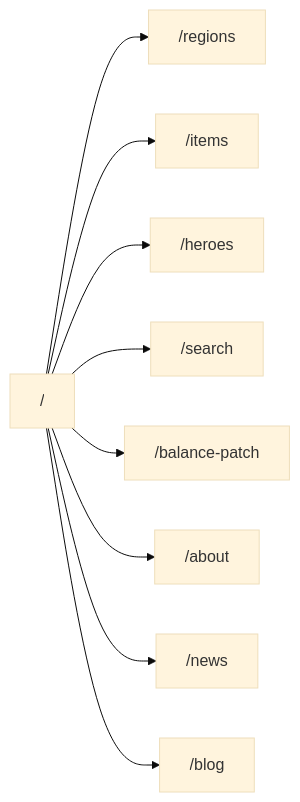
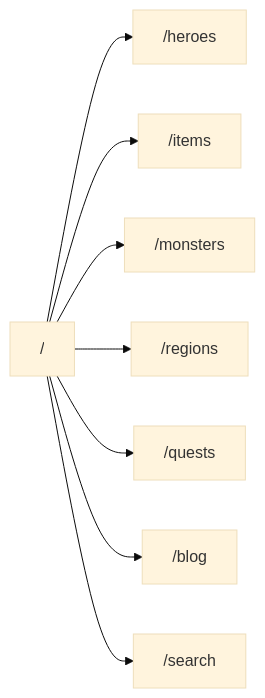
One commit to revisium/demo-rpg-frontend changed the first of 2 diagrams in docs/product/site-map.md. Above: the diagram before and after it, drawn with Mermaid (base theme). The commit also changed other lines of this file and 34 other files, not shown here.

````diff
--- a/docs/product/site-map.md
+++ b/docs/product/site-map.md
@@ -48,11 +70,10 @@
 ```mermaid
 flowchart LR
-  Home["/"] --> Regions["/regions"]
-  Home --> Items["/items"]
   Home --> Heroes["/heroes"]
+  Home["/"] --> Items["/items"]
+  Home --> Monsters["/monsters"]
+  Home --> Regions["/regions"]
+  Home --> Quests["/quests"]
+  Home --> Blog["/blog"]
   Home --> Search["/search"]
-  Home --> Balance["/balance-patch"]
-  Home --> About["/about"]
-  Home --> News["/news"]
-  Home --> Blog["/blog"]
 ```
````
